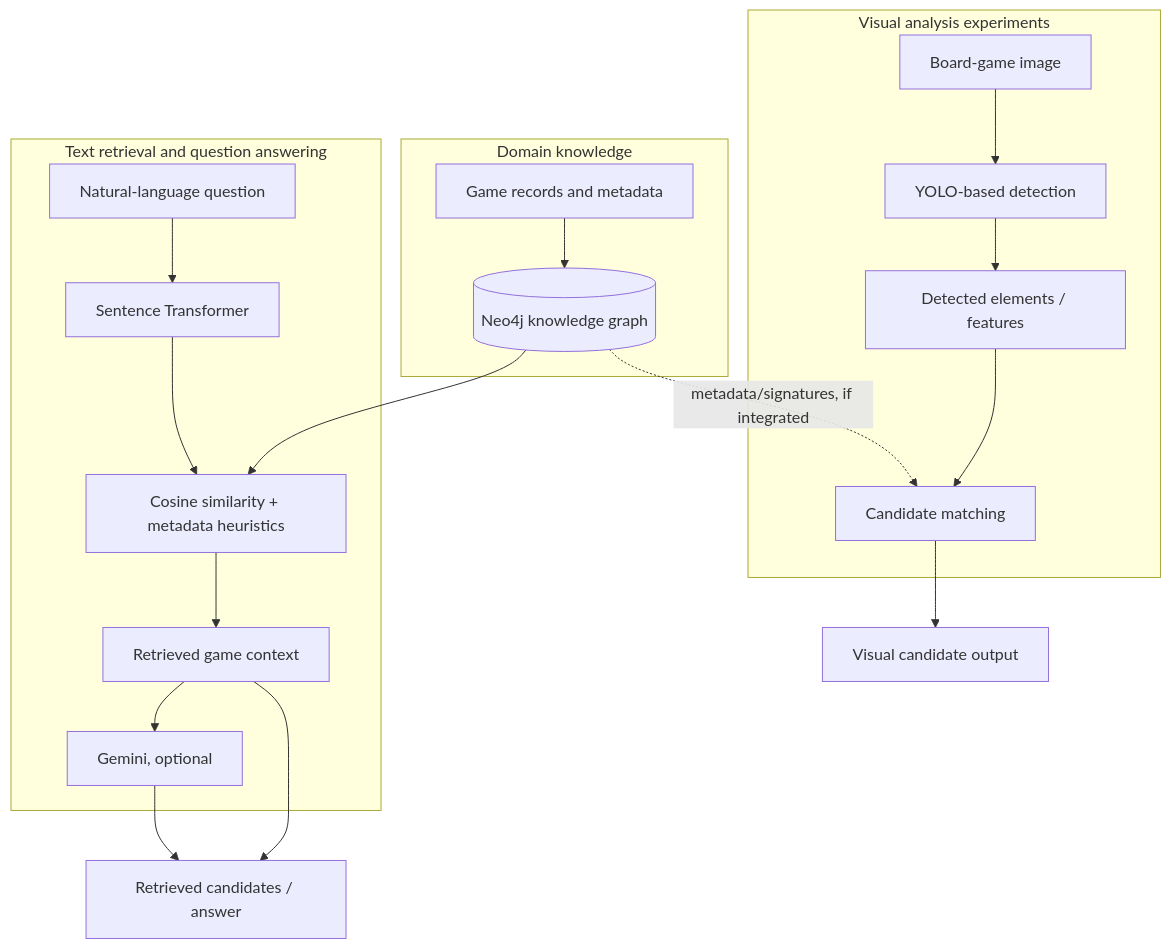
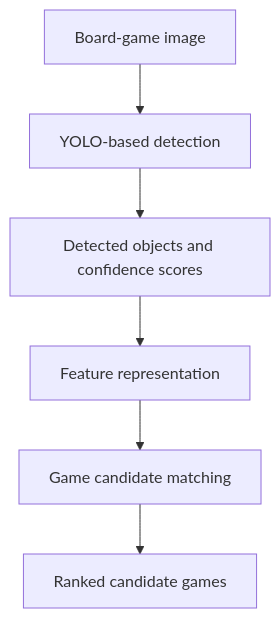
One commit to salma12814/ludii-game-intelligence changed the fourth of 6 diagrams in README.md. Above: the diagram before and after it, drawn with Mermaid. The commit also changed other lines of this file, not shown here.

````diff
--- a/README.md
+++ b/README.md
@@ -102,34 +139,8 @@
 ```mermaid
-flowchart TB
-    subgraph Knowledge[Domain knowledge]
-        DATA[Game records and metadata]
-        GRAPH[(Neo4j knowledge graph)]
-        DATA --> GRAPH
-    end
-
-    subgraph TextAI[Text retrieval and question answering]
-        QUESTION[Natural-language question]
-        EMB[Sentence Transformer]
-        RANK[Cosine similarity + metadata heuristics]
-        CONTEXT[Retrieved game context]
-        LLM[Gemini, optional]
-        QUESTION --> EMB
-        GRAPH --> RANK
-        EMB --> RANK
-        RANK --> CONTEXT
-        CONTEXT --> LLM
-    end
-
-    subgraph VisionAI[Visual analysis experiments]
-        IMAGE[Board-game image]
-        YOLO[YOLO-based detection]
-        FEATURES[Detected elements / features]
-        CANDIDATES[Candidate matching]
-        IMAGE --> YOLO --> FEATURES --> CANDIDATES
-        GRAPH -. metadata/signatures, if integrated .-> CANDIDATES
-    end
-
-    CONTEXT --> RESULT[Retrieved candidates / answer]
-    LLM --> RESULT
-    CANDIDATES --> VRESULT[Visual candidate output]
+flowchart TD
+    IMAGE[Board-game image] --> DETECT[YOLO-based detection]
+    DETECT --> OBJECTS[Detected objects and confidence scores]
+    OBJECTS --> FEATURES[Feature representation]
+    FEATURES --> MATCH[Game candidate matching]
+    MATCH --> RESULTS[Ranked candidate games]
 ```
````
